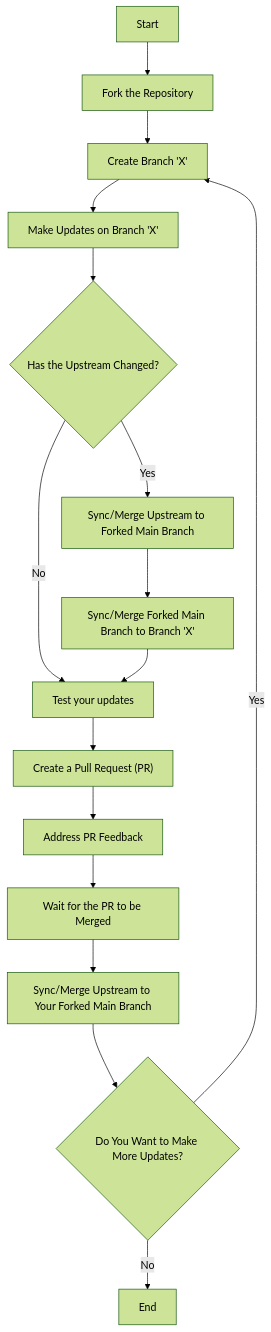
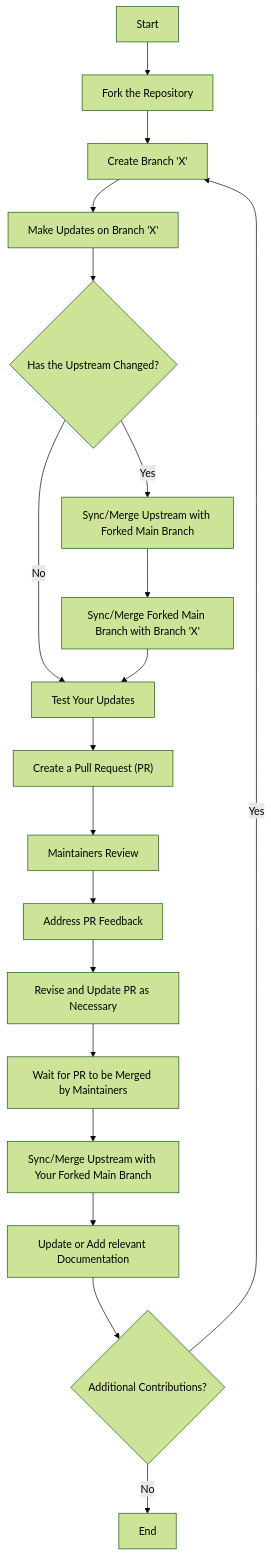
Before and after one commit to stride3d/stride-docs: the diagram in en/contributors/contribution-workflow/index.md, drawn with Mermaid (forest theme). The commit also changed other lines of this file and 2 other files, not shown here.

Commit message:
feat: Contributors guidelines updated

````diff
--- a/en/contributors/contribution-workflow/index.md
+++ b/en/contributors/contribution-workflow/index.md
@@ -9,31 +9,34 @@
 ``` mermaid
 %% Define styles
 
 %% Main Graph
 graph TB
 
 %% Nodes
     Start[Start]
     A[Fork the Repository]
     B[Create Branch 'X']
     C[Make Updates on Branch 'X']
     D{Has the Upstream Changed?}
-    E[Sync/Merge Upstream to Forked Main Branch]
-    F[Sync/Merge Forked Main Branch to Branch 'X']
-    G[Test your updates]
+    E[Sync/Merge Upstream with Forked Main Branch]
+    F[Sync/Merge Forked Main Branch with Branch 'X']
+    G[Test Your Updates]
     H["Create a Pull Request (PR)"]
-    I[Address PR Feedback]
-    J[Wait for the PR to be Merged]
-    K[Sync/Merge Upstream to Your Forked Main Branch]
-    L{Do You Want to Make More Updates?}
+    I[Maintainers Review]
+    J[Address PR Feedback]
+    K[Revise and Update PR as Necessary]
+    L[Wait for PR to be Merged by Maintainers]
+    M[Sync/Merge Upstream with Your Forked Main Branch]
+    N[Update or Add relevant Documentation]
+    O{Additional Contributions?}
     Z[End]
 
 %% Edges
     Start --> A --> B --> C --> D
     D -->|Yes| E
     D -->|No| G
     E --> F --> G
-    G --> H --> I --> J --> K --> L
-    L -->|Yes| B
-    L -->|No| Z
+    G --> H --> I --> J --> K --> L --> M --> N --> O
+    O -->|Yes| B
+    O -->|No| Z
 ```
````
